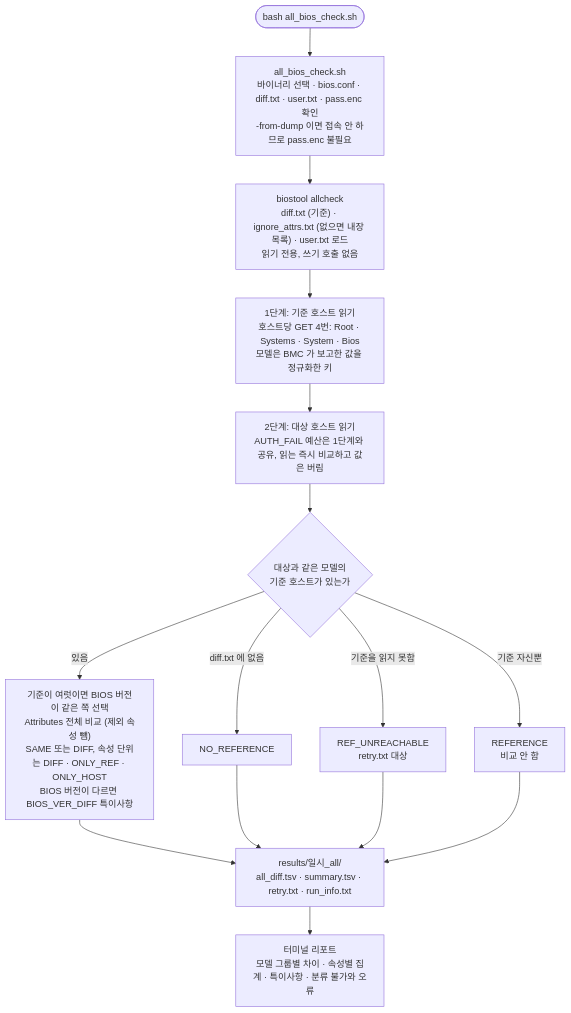
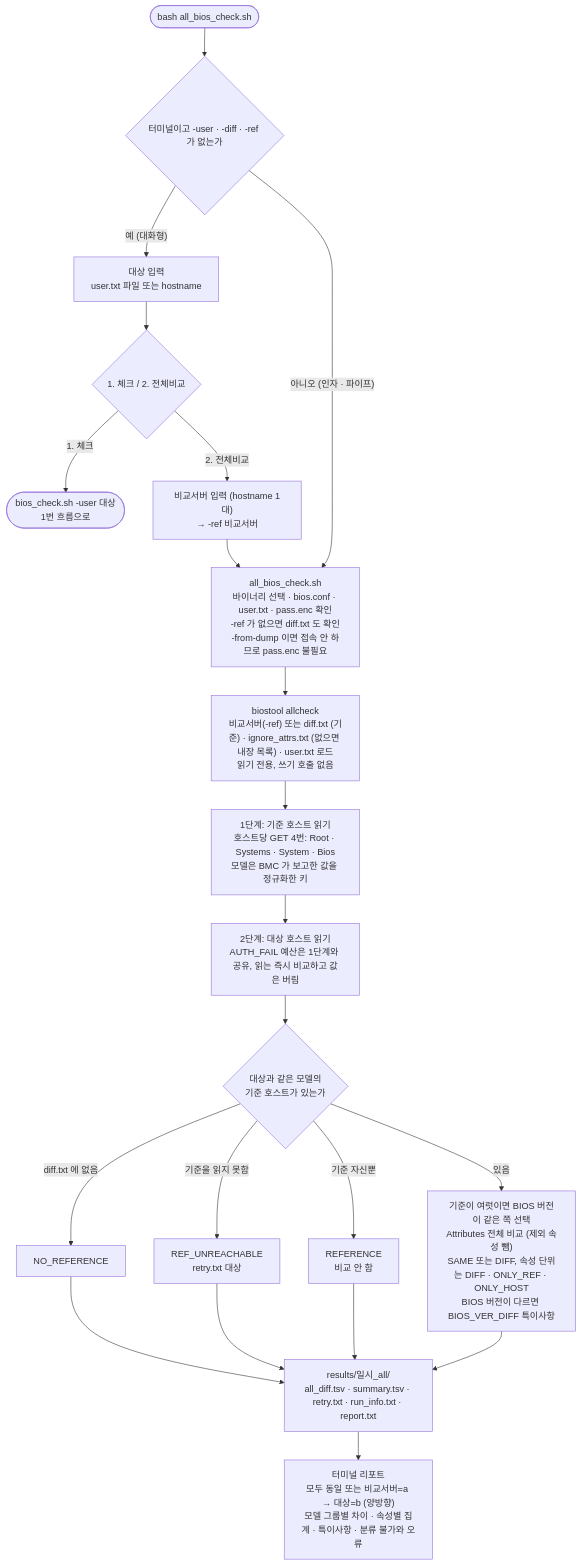
The fourth of 6 diagrams in .claude/HPC/redfish/WORKFLOW.md (qazx2675/myrepo), drawn with Mermaid before and after one commit. The commit also changed 10 other files, not shown here.

Commit message:
feat(HPC/redfish): all_bios_check 대화형(대상 입력→1.체크/2.전체비교→비교서버 입력), -ref 비교서버, 모두 동일·양방향 리포트, report.txt, 바이너리 재빌드

````diff
--- a/.claude/HPC/redfish/WORKFLOW.md
+++ b/.claude/HPC/redfish/WORKFLOW.md
@@ -111,17 +111,23 @@
 ```mermaid
 flowchart TD
-    S(["bash all_bios_check.sh"]) --> W["all_bios_check.sh<br/>바이너리 선택 · bios.conf · diff.txt · user.txt · pass.enc 확인<br/>-from-dump 이면 접속 안 하므로 pass.enc 불필요"]
-    W --> L["biostool allcheck<br/>diff.txt (기준) · ignore_attrs.txt (없으면 내장 목록) · user.txt 로드<br/>읽기 전용, 쓰기 호출 없음"]
+    S(["bash all_bios_check.sh"]) --> IN{"터미널이고 -user · -diff · -ref 가 없는가"}
+    IN -->|"예 (대화형)"| Q1["대상 입력<br/>user.txt 파일 또는 hostname"]
+    Q1 --> Q2{"1. 체크 / 2. 전체비교"}
+    Q2 -->|"1. 체크"| CK(["bios_check.sh -user 대상<br/>1번 흐름으로"])
+    Q2 -->|"2. 전체비교"| Q3["비교서버 입력 (hostname 1대)<br/>→ -ref 비교서버"]
+    IN -->|"아니오 (인자 · 파이프)"| W
+    Q3 --> W["all_bios_check.sh<br/>바이너리 선택 · bios.conf · user.txt · pass.enc 확인<br/>-ref 가 없으면 diff.txt 도 확인<br/>-from-dump 이면 접속 안 하므로 pass.enc 불필요"]
+    W --> L["biostool allcheck<br/>비교서버(-ref) 또는 diff.txt (기준) · ignore_attrs.txt (없으면 내장 목록) · user.txt 로드<br/>읽기 전용, 쓰기 호출 없음"]
     L --> R1["1단계: 기준 호스트 읽기<br/>호스트당 GET 4번: Root · Systems · System · Bios<br/>모델은 BMC 가 보고한 값을 정규화한 키"]
     R1 --> R2["2단계: 대상 호스트 읽기<br/>AUTH_FAIL 예산은 1단계와 공유, 읽는 즉시 비교하고 값은 버림"]
     R2 --> C{"대상과 같은 모델의<br/>기준 호스트가 있는가"}
     C -->|"diff.txt 에 없음"| NR["NO_REFERENCE"]
     C -->|"기준을 읽지 못함"| RU["REF_UNREACHABLE<br/>retry.txt 대상"]
     C -->|"기준 자신뿐"| RF["REFERENCE<br/>비교 안 함"]
     C -->|"있음"| CP["기준이 여럿이면 BIOS 버전이 같은 쪽 선택<br/>Attributes 전체 비교 (제외 속성 뺌)<br/>SAME 또는 DIFF, 속성 단위는 DIFF · ONLY_REF · ONLY_HOST<br/>BIOS 버전이 다르면 BIOS_VER_DIFF 특이사항"]
     CP --> O
     NR --> O
     RU --> O
     RF --> O
-    O["results/일시_all/<br/>all_diff.tsv · summary.tsv · retry.txt · run_info.txt"] --> T["터미널 리포트<br/>모델 그룹별 차이 · 속성별 집계 · 특이사항 · 분류 불가와 오류"]
+    O["results/일시_all/<br/>all_diff.tsv · summary.tsv · retry.txt · run_info.txt · report.txt"] --> T["터미널 리포트<br/>모두 동일 또는 비교서버=a → 대상=b (양방향)<br/>모델 그룹별 차이 · 속성별 집계 · 특이사항 · 분류 불가와 오류"]
 ```
````
